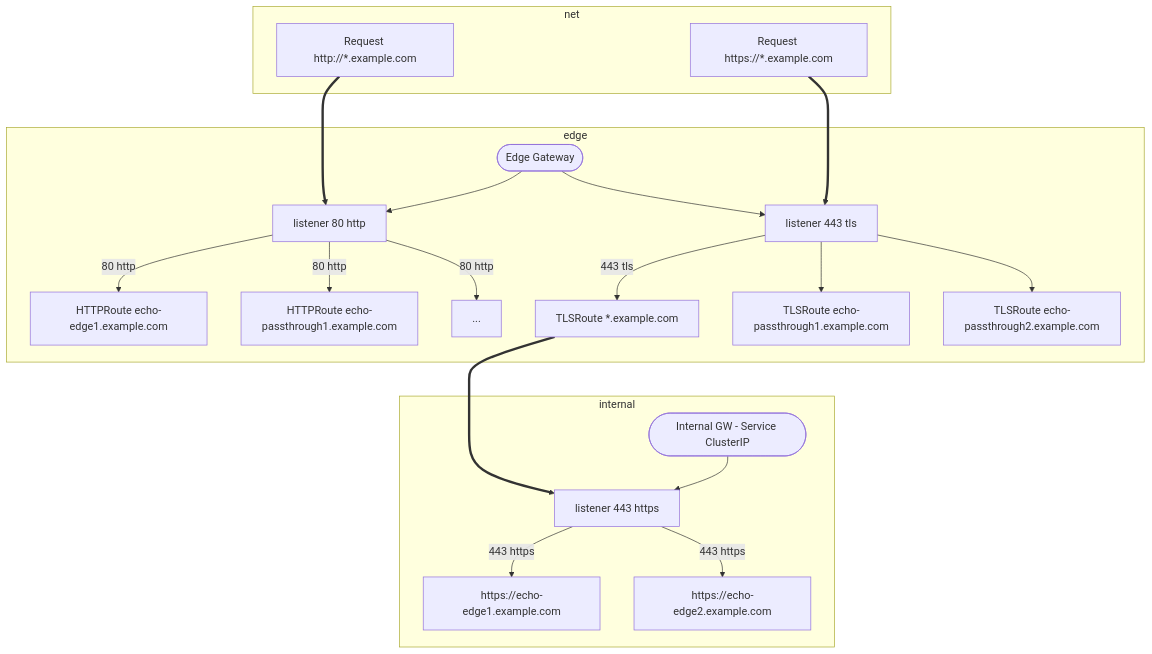
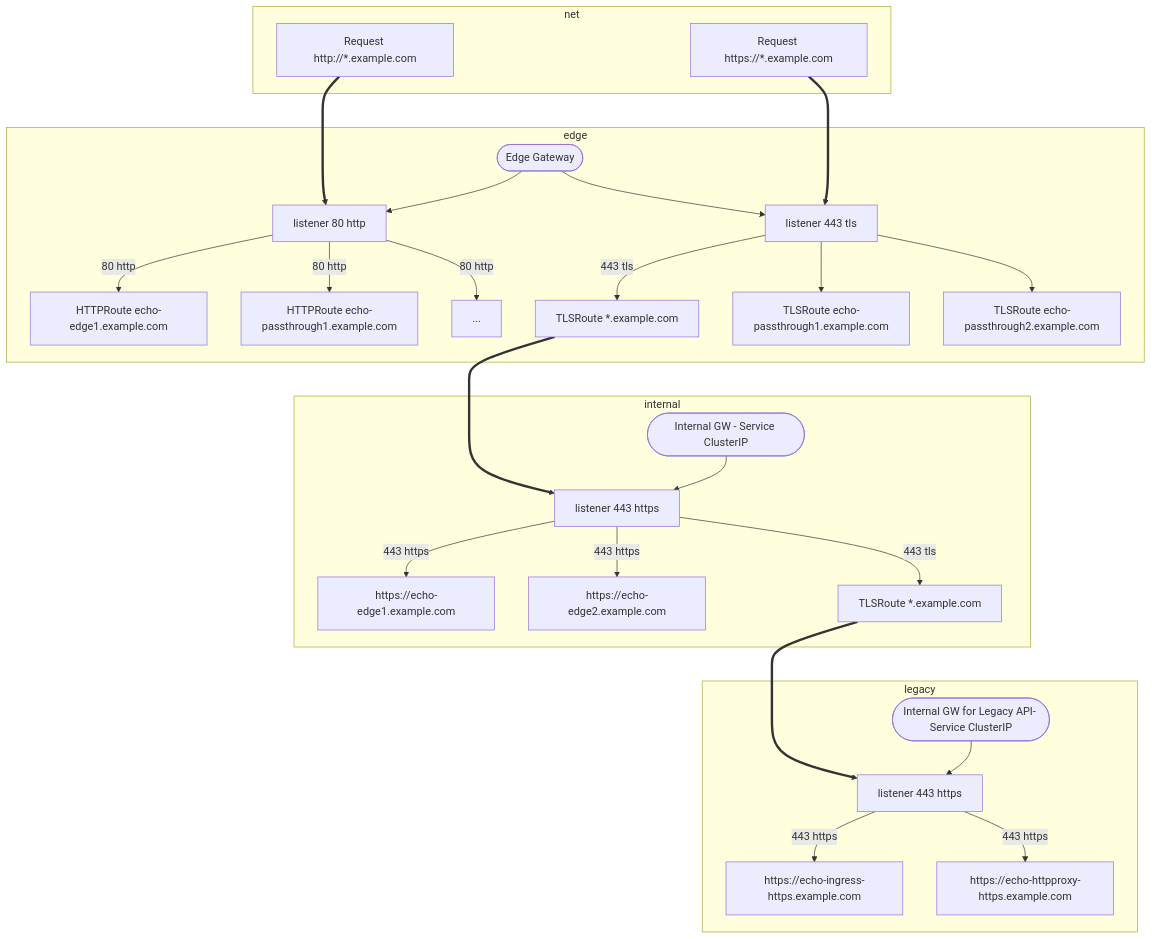
The diagram in README.md (gernoteger/contour-apigateway), drawn with Mermaid before and after one commit. The commit also changed other lines of this file and 12 other files, not shown here.

````diff
--- a/README.md
+++ b/README.md
@@ -37,40 +37,52 @@
 ```mermaid
-flowchart TD
+      flowchart TD
     
-    subgraph net
-        R1[Request http://*.example.com]
-        R2[Request https://*.example.com]
-    end 
+      subgraph net
+          R1[Request http://*.example.com]
+          R2[Request https://*.example.com]
+      end 
+  
+      subgraph edge
+          R1==>LE1
+  
+  %% positioning
+          R1~~~GWEdge
+          R2~~~GWEdge
+  
+          GWEdge(["Edge Gateway"])
+  
+          GWEdge-->LE1[listener 80 http];
+          GWEdge-->LE2[listener 443 tls];
+          R2==>LE2
+  
+  
+          LE1-->|80 http|HTTPRoute1[HTTPRoute echo-edge1.example.com];
+          LE1-->|80 http|HTTPRoute2[HTTPRoute echo-passthrough1.example.com];
+          LE1-->|80 http|HTTPRoute3[...];
+          LE2-->|443 tls|TLSRouteEdge["TLSRoute *.example.com"];
+          LE2-->TLSRoute1["TLSRoute echo-passthrough1.example.com"];
+          LE2-->TLSRoute2["TLSRoute echo-passthrough2.example.com"];
+          
+      end
+      subgraph internal
+          GWInternal(["Internal GW - Service ClusterIP"])
+  
+          TLSRouteEdge ~~~ GWInternal
+          TLSRouteEdge ==> LI1
+          GWInternal-->LI1[listener 443 https];
+          LI1-->|443 https|HTTPRouteHttps1["https://echo-edge1.example.com"];
+          LI1-->|443 https|HTTPRouteHttps2["https://echo-edge2.example.com"];
+          LI1-->|443 tls|TLSRouteLegacy["TLSRoute *.example.com"];
+      end
 
-    subgraph edge
-        R1==>LE1
+      subgraph legacy
+        GWLegacy(["Internal GW for Legacy API- Service ClusterIP"])
 
-%% positioning
-        R1~~~GWEdge
-        R2~~~GWEdge
+        TLSRouteLegacy ~~~ GWLegacy
+        TLSRouteLegacy ==> LL1
+        GWLegacy-->LL1[listener 443 https];
+        LL1-->|443 https|IngressHTTPS["https://echo-ingress-https.example.com"];
+        LL1-->|443 https|HTTPProxyHTTPS["https://echo-httpproxy-https.example.com"];
+      end
 
-        GWEdge(["Edge Gateway"])
-
-        GWEdge-->LE1[listener 80 http];
-        GWEdge-->LE2[listener 443 tls];
-        R2==>LE2
-
-
-        LE1-->|80 http|HTTPRoute1[HTTPRoute echo-edge1.example.com];
-        LE1-->|80 http|HTTPRoute2[HTTPRoute echo-passthrough1.example.com];
-        LE1-->|80 http|HTTPRoute3[...];
-        LE2-->|443 tls|TLSRouteEdge["TLSRoute *.example.com"];
-        LE2-->TLSRoute1["TLSRoute echo-passthrough1.example.com"];
-        LE2-->TLSRoute2["TLSRoute echo-passthrough2.example.com"];
-        
-    end
-    subgraph internal
-        GWInternal(["Internal GW - Service ClusterIP"])
-
-        TLSRouteEdge ~~~ GWInternal
-        TLSRouteEdge ==> LI1
-        GWInternal-->LI1[listener 443 https];
-        LI1-->|443 https|HTTPRouteHttps1["https://echo-edge1.example.com"];
-        LI1-->|443 https|HTTPRouteHttps2["https://echo-edge2.example.com"];
-    end
 ```
````
